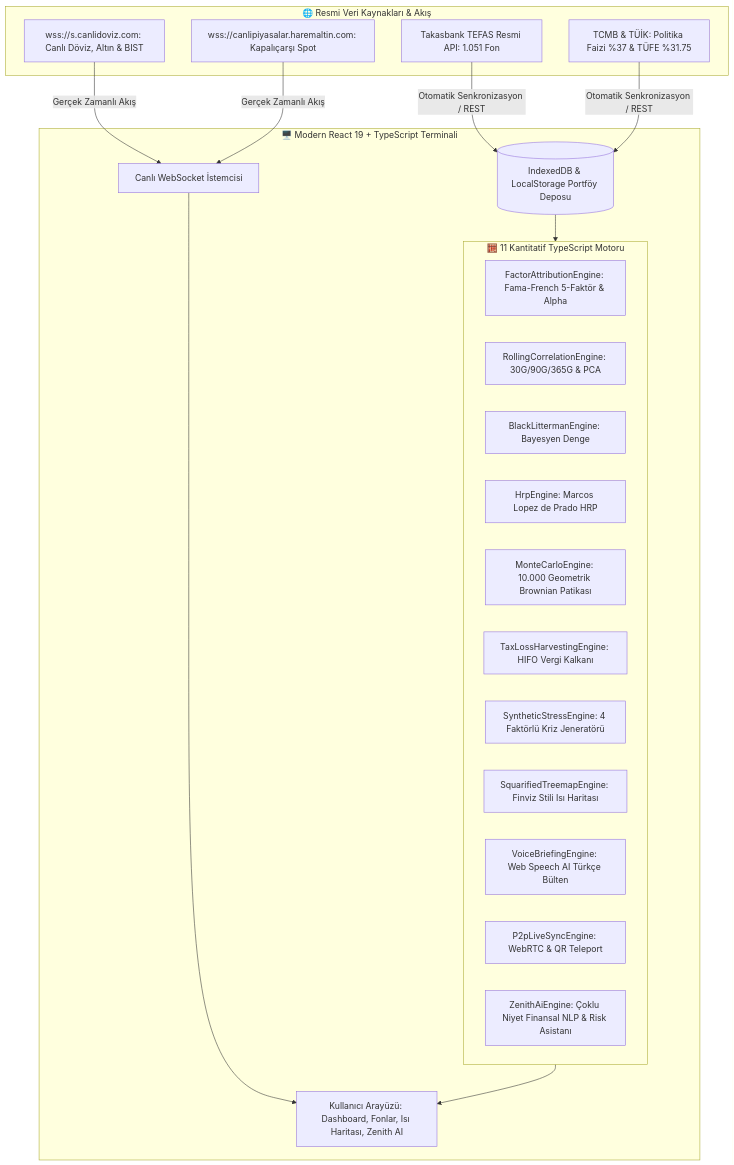
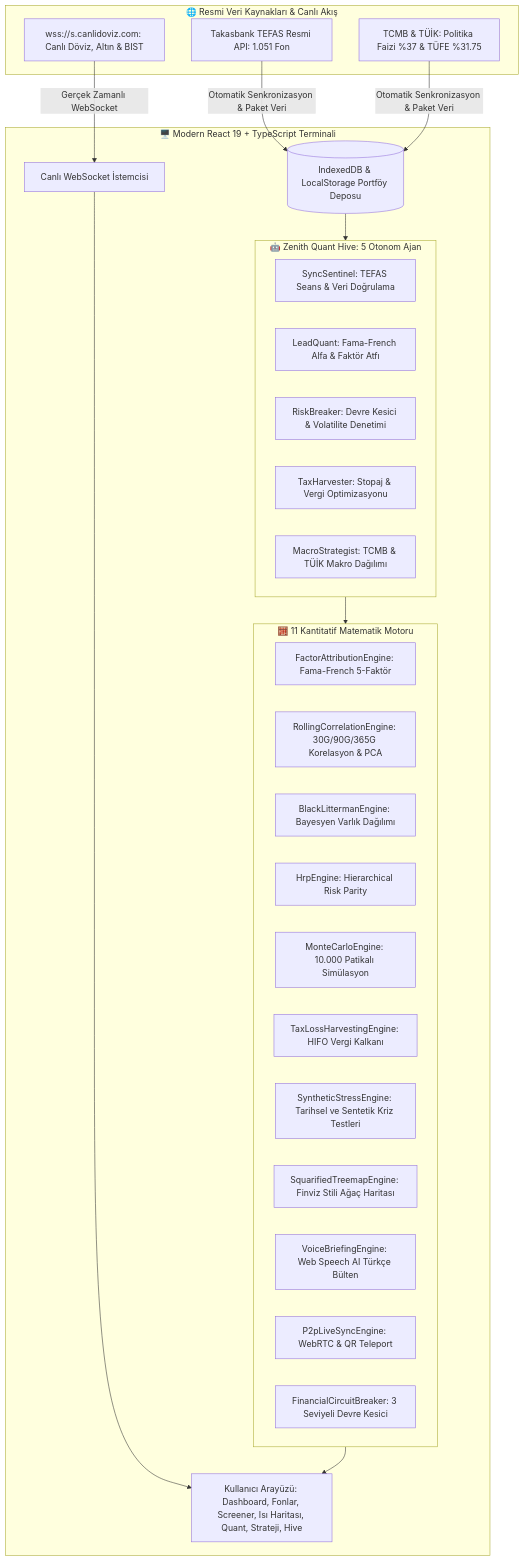
The diagram in README.md (Cagrik34/zenith-atlas), drawn with Mermaid before and after one commit. The commit also changed other lines of this file, not shown here.

Commit message:
docs(readme): synchronize README with institutional quant terminal features, 5 autonomous agents, live github pages link, and mobile architecture

````diff
--- a/README.md
+++ b/README.md
@@ -22,35 +23,43 @@
 ```mermaid
 graph TD
     subgraph CLIENT [🖥️ Modern React 19 + TypeScript Terminali]
-        UI[Kullanıcı Arayüzü: Dashboard, Fonlar, Isı Haritası, Zenith AI]
+        UI[Kullanıcı Arayüzü: Dashboard, Fonlar, Screener, Isı Haritası, Quant, Strateji, Hive]
         WS_CLIENT[Canlı WebSocket İstemcisi]
         IDB[(IndexedDB & LocalStorage Portföy Deposu)]
         
-        subgraph ENGINES [🧮 11 Kantitatif TypeScript Motoru]
-            E1[FactorAttributionEngine: Fama-French 5-Faktör & Alpha]
-            E2[RollingCorrelationEngine: 30G/90G/365G & PCA]
-            E3[BlackLittermanEngine: Bayesyen Denge]
-            E4[HrpEngine: Marcos Lopez de Prado HRP]
-            E5[MonteCarloEngine: 10.000 Geometrik Brownian Patikası]
+        subgraph HIVE [🤖 Zenith Quant Hive: 5 Otonom Ajan]
+            A1[SyncSentinel: TEFAS Seans & Veri Doğrulama]
+            A2[LeadQuant: Fama-French Alfa & Faktör Atfı]
+            A3[RiskBreaker: Devre Kesici & Volatilite Denetimi]
+            A4[TaxHarvester: Stopaj & Vergi Optimizasyonu]
+            A5[MacroStrategist: TCMB & TÜİK Makro Dağılımı]
+        end
+
+        subgraph ENGINES [🧮 11 Kantitatif Matematik Motoru]
+            E1[FactorAttributionEngine: Fama-French 5-Faktör]
+            E2[RollingCorrelationEngine: 30G/90G/365G Korelasyon & PCA]
+            E3[BlackLittermanEngine: Bayesyen Varlık Dağılımı]
+            E4[HrpEngine: Hierarchical Risk Parity]
+            E5[MonteCarloEngine: 10.000 Patikalı Simülasyon]
             E6[TaxLossHarvestingEngine: HIFO Vergi Kalkanı]
-            E7[SyntheticStressEngine: 4 Faktörlü Kriz Jeneratörü]
-            E8[SquarifiedTreemapEngine: Finviz Stili Isı Haritası]
+            E7[SyntheticStressEngine: Tarihsel ve Sentetik Kriz Testleri]
+            E8[SquarifiedTreemapEngine: Finviz Stili Ağaç Haritası]
             E9[VoiceBriefingEngine: Web Speech AI Türkçe Bülten]
             E10[P2pLiveSyncEngine: WebRTC & QR Teleport]
-            E11[ZenithAiEngine: Çoklu Niyet Finansal NLP & Risk Asistanı]
+            E11[FinancialCircuitBreaker: 3 Seviyeli Devre Kesici]
         end
     end
 
-    subgraph SOURCES [🌐 Resmi Veri Kaynakları & Akış]
+    subgraph SOURCES [🌐 Resmi Veri Kaynakları & Canlı Akış]
         S1[Takasbank TEFAS Resmi API: 1.051 Fon]
         S2[wss://s.canlidoviz.com: Canlı Döviz, Altın & BIST]
-        S3[wss://canlipiyasalar.haremaltin.com: Kapalıçarşı Spot]
-        S4[TCMB & TÜİK: Politika Faizi %37 & TÜFE %31.75]
+        S3[TCMB & TÜİK: Politika Faizi %37 & TÜFE %31.75]
     end
 
-    S2 & S3 -->|Gerçek Zamanlı Akış| WS_CLIENT
-    S1 & S4 -->|Otomatik Senkronizasyon / REST| IDB
+    S2 -->|Gerçek Zamanlı WebSocket| WS_CLIENT
+    S1 & S3 -->|Otomatik Senkronizasyon & Paket Veri| IDB
     WS_CLIENT --> UI
-    IDB --> ENGINES
+    IDB --> HIVE
+    HIVE --> ENGINES
     ENGINES --> UI
 ```
````
